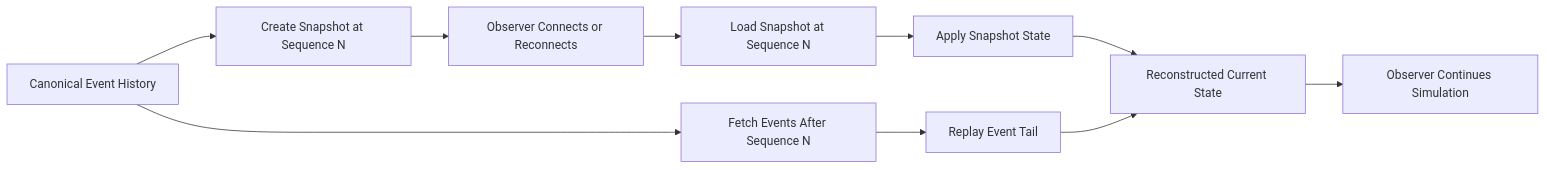
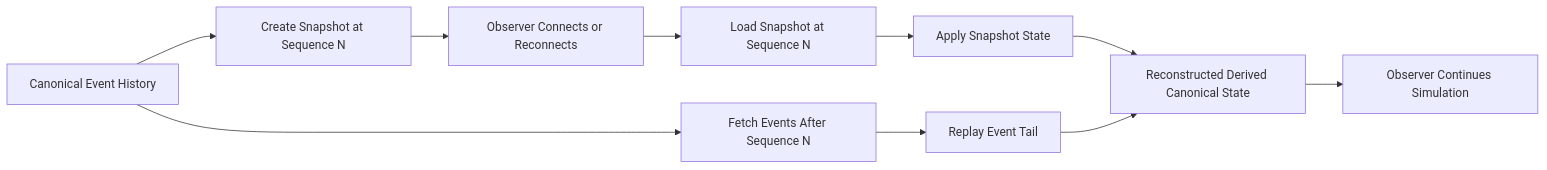
The diagram in diagrams/CrypSA_Snapshot_And_Replay.md (godofthunder101/crypsa-architecture), drawn with Mermaid before and after one commit. The commit also changed other lines of this file, not shown here.

Commit message:
Update terminology to 'derived canonical state'

`````diff
--- a/diagrams/CrypSA_Snapshot_And_Replay.md
+++ b/diagrams/CrypSA_Snapshot_And_Replay.md
@@ -16,18 +16,18 @@
 ```mermaid
 flowchart LR
 
 A[Canonical Event History] --> B[Create Snapshot at Sequence N]
 
 B --> C[Observer Connects or Reconnects]
 C --> D[Load Snapshot at Sequence N]
 
 A --> E[Fetch Events After Sequence N]
 
 D --> F[Apply Snapshot State]
 E --> G[Replay Event Tail]
 
-F --> H[Reconstructed Current State]
+F --> H[Reconstructed Derived Canonical State]
 G --> H
 
 H --> I[Observer Continues Simulation]
-```
+````
`````
